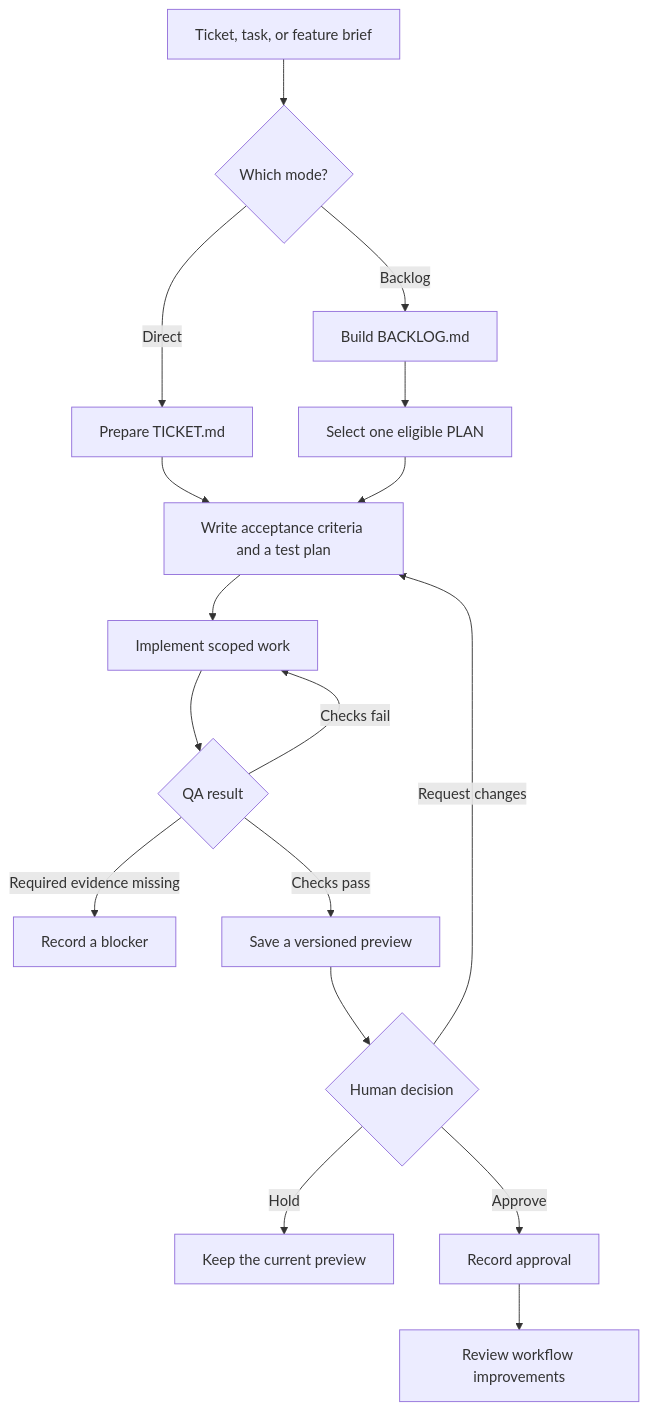
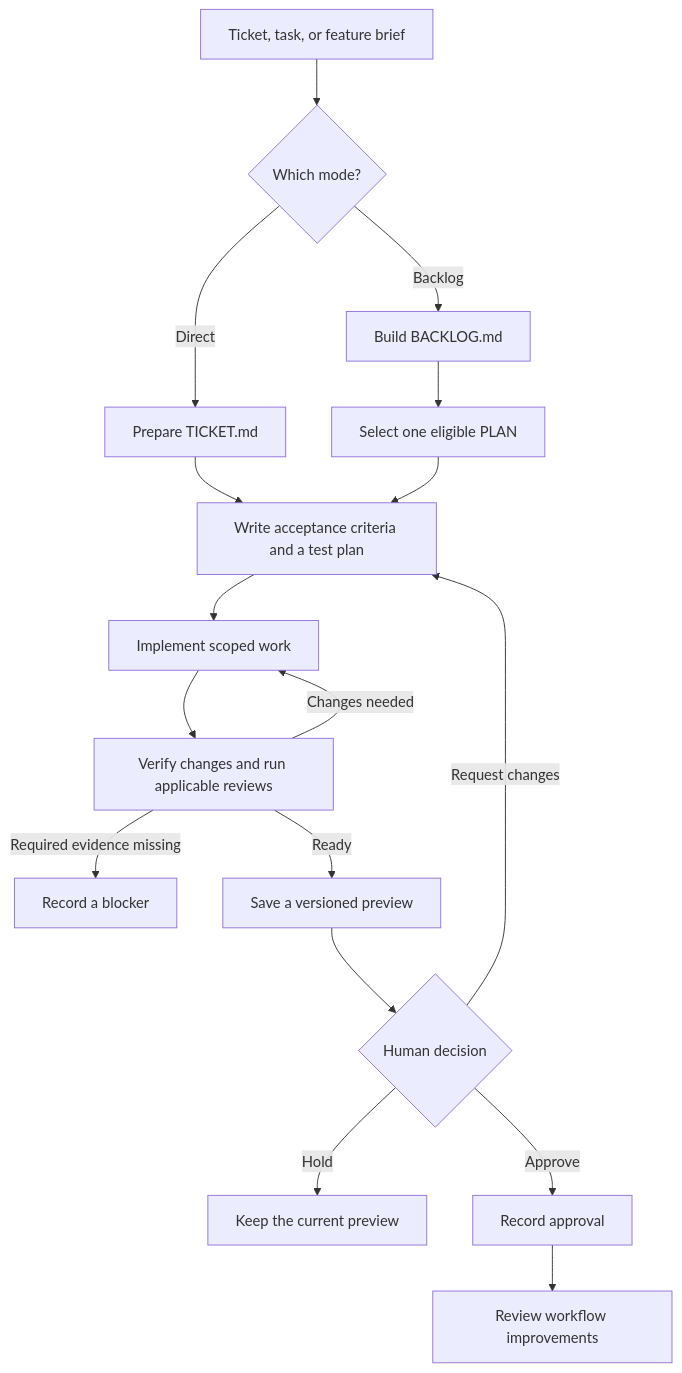
One commit to khaesha/ai-agency-template changed the diagram in README.md. Above: the diagram before and after it, drawn with Mermaid. The commit also changed other lines of this file and 7 other files, not shown here.

````diff
--- a/README.md
+++ b/README.md
@@ -7,19 +7,19 @@
 ```mermaid
 flowchart TD
     Input["Ticket, task, or feature brief"] --> Mode{"Which mode?"}
     Mode -->|Direct| Ticket["Prepare TICKET.md"]
     Mode -->|Backlog| Backlog["Build BACKLOG.md"]
     Backlog --> Select["Select one eligible PLAN"]
     Ticket --> Prepare["Write acceptance criteria and a test plan"]
     Select --> Prepare
     Prepare --> Implement["Implement scoped work"]
-    Implement --> QA{"QA result"}
-    QA -->|Checks fail| Implement
-    QA -->|Required evidence missing| Blocked["Record a blocker"]
-    QA -->|Checks pass| Preview["Save a versioned preview"]
+    Implement --> Verify["Verify changes and run applicable reviews"]
+    Verify -->|Changes needed| Implement
+    Verify -->|Required evidence missing| Blocked["Record a blocker"]
+    Verify -->|Ready| Preview["Save a versioned preview"]
     Preview --> Human{"Human decision"}
     Human -->|Request changes| Prepare
     Human -->|Hold| Hold["Keep the current preview"]
     Human -->|Approve| Approved["Record approval"]
     Approved --> Learn["Review workflow improvements"]
 ```
````
